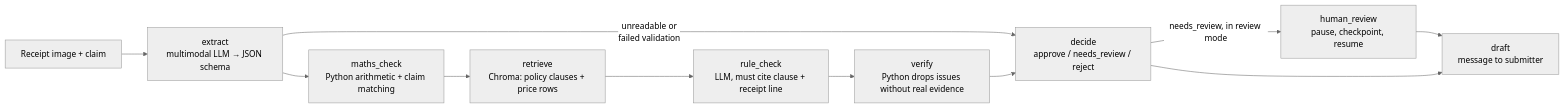
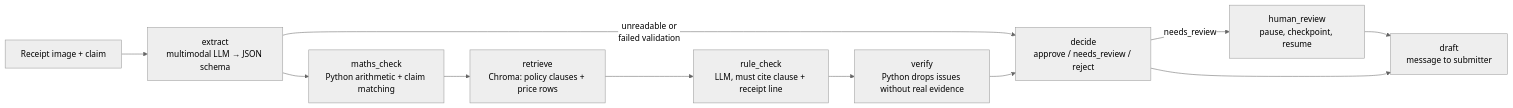
The diagram in README.md (codedbygermaine/receipted), drawn with Mermaid (neutral theme) before and after one commit. The commit also changed other lines of this file and 12 other files, not shown here.

````diff
--- a/README.md
+++ b/README.md
@@ -29,13 +25,13 @@
 ```mermaid
 flowchart LR
     A[Receipt image + claim] --> B[extract<br/>multimodal LLM → JSON schema]
     B -->|unreadable or<br/>failed validation| F
     B --> C[maths_check<br/>Python arithmetic + claim matching]
     C --> D[retrieve<br/>Chroma: policy clauses + price rows]
     D --> E[rule_check<br/>LLM, must cite clause + receipt line]
     E --> V[verify<br/>Python drops issues without real evidence]
     V --> F[decide<br/>approve / needs_review / reject]
-    F -->|needs_review, in review mode| H[human_review<br/>pause, checkpoint, resume]
+    F -->|needs_review| H[human_review<br/>pause, checkpoint, resume]
     H --> G
     F --> G[draft<br/>message to submitter]
 ```
````
